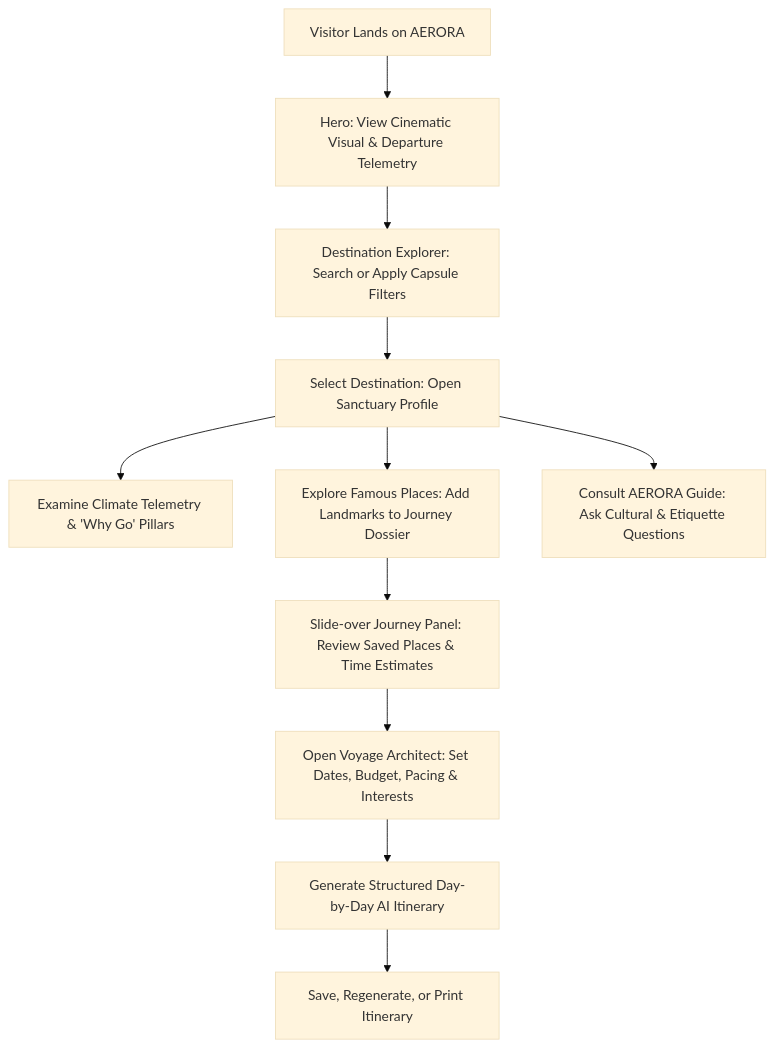
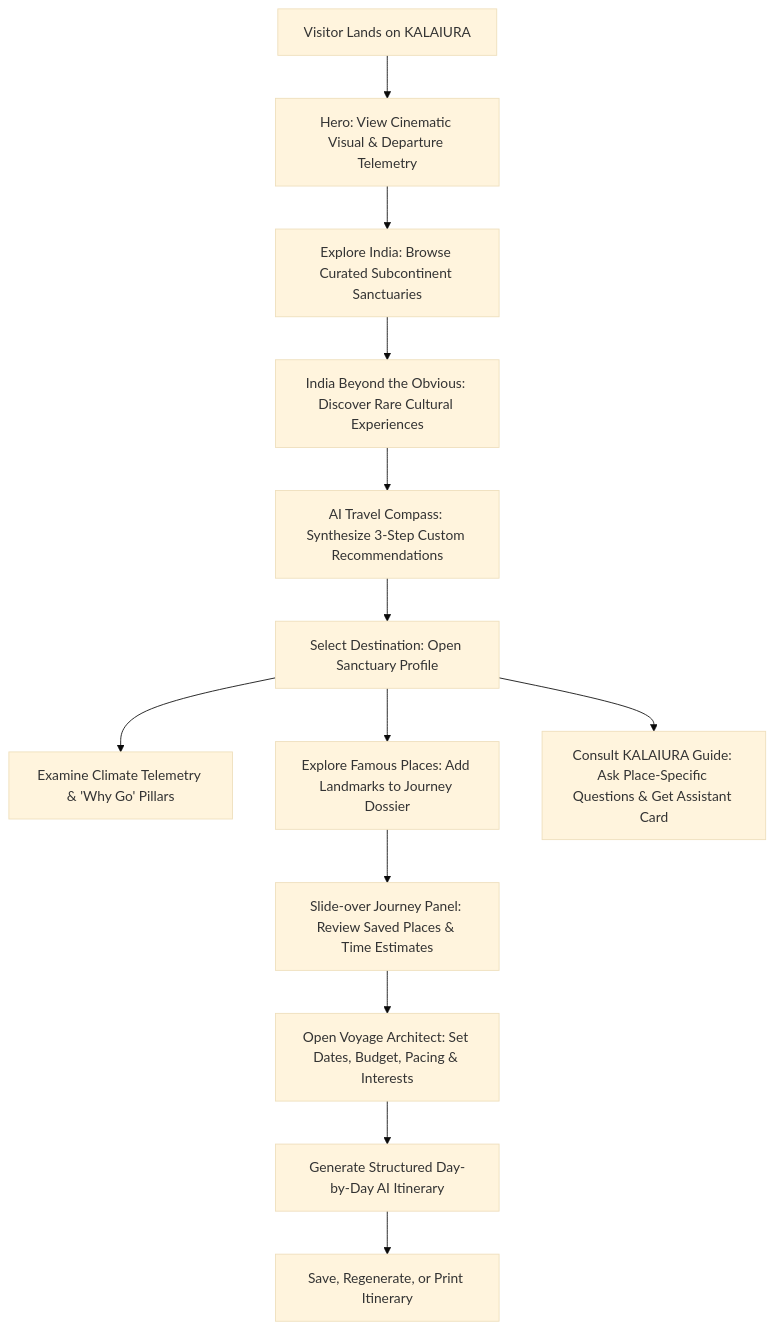
Before and after one commit to KalaiarasanE/Kalaiura-Travel-app: the diagram in README.md, drawn with Mermaid (base theme). The commit also changed other lines of this file and 5 other files, not shown here.

````diff
--- a/README.md
+++ b/README.md
@@ -198,13 +219,15 @@
 ```mermaid
 graph TD
-    A[Visitor Lands on AERORA] --> B[Hero: View Cinematic Visual & Departure Telemetry]
-    B --> C[Destination Explorer: Search or Apply Capsule Filters]
-    C --> D[Select Destination: Open Sanctuary Profile]
-    D --> E[Examine Climate Telemetry & 'Why Go' Pillars]
-    D --> F[Explore Famous Places: Add Landmarks to Journey Dossier]
-    F --> G[Slide-over Journey Panel: Review Saved Places & Time Estimates]
-    G --> H[Open Voyage Architect: Set Dates, Budget, Pacing & Interests]
-    H --> I[Generate Structured Day-by-Day AI Itinerary]
-    I --> J[Save, Regenerate, or Print Itinerary]
-    D --> K[Consult AERORA Guide: Ask Cultural & Etiquette Questions]
+    A[Visitor Lands on KALAIURA] --> B[Hero: View Cinematic Visual & Departure Telemetry]
+    B --> C[Explore India: Browse Curated Subcontinent Sanctuaries]
+    C --> D[India Beyond the Obvious: Discover Rare Cultural Experiences]
+    D --> E[AI Travel Compass: Synthesize 3-Step Custom Recommendations]
+    E --> F[Select Destination: Open Sanctuary Profile]
+    F --> G[Examine Climate Telemetry & 'Why Go' Pillars]
+    F --> H[Explore Famous Places: Add Landmarks to Journey Dossier]
+    H --> I[Slide-over Journey Panel: Review Saved Places & Time Estimates]
+    I --> J[Open Voyage Architect: Set Dates, Budget, Pacing & Interests]
+    J --> K[Generate Structured Day-by-Day AI Itinerary]
+    K --> L[Save, Regenerate, or Print Itinerary]
+    F --> M[Consult KALAIURA Guide: Ask Place-Specific Questions & Get Assistant Card]
 ```
````
